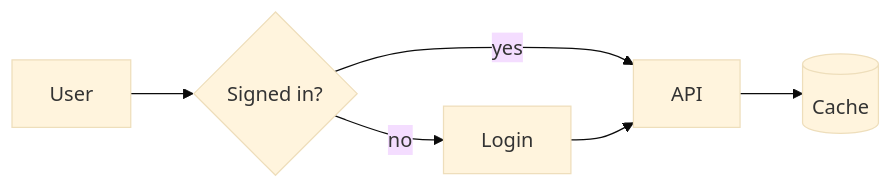
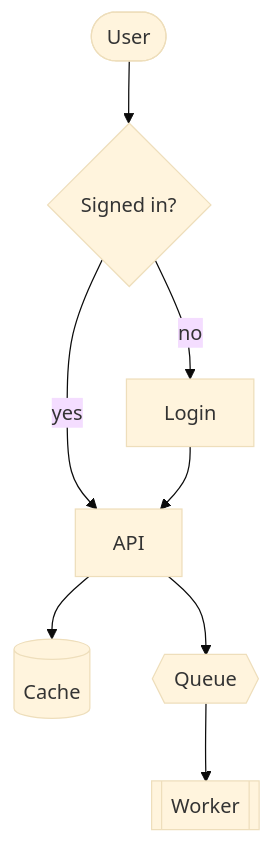
The diagram in assets/readme/src/preview.md (D0n9X1n/mermaid-tty), drawn with Mermaid (base theme) before and after one commit. The commit also changed 40 other files, not shown here.

````diff
--- a/assets/readme/src/preview.md
+++ b/assets/readme/src/preview.md
@@ -3,8 +3,10 @@
 ```mermaid
-flowchart LR
-  U[User] --> G{Signed in?}
+flowchart TD
+  U([User]) --> G{Signed in?}
   G -->|yes| A[API]
   G -->|no| L[Login]
   L --> A
-  A --> D[(Cache)]
+  A --> C[(Cache)]
+  A --> Q{{Queue}}
+  Q --> W[[Worker]]
 ```
````
